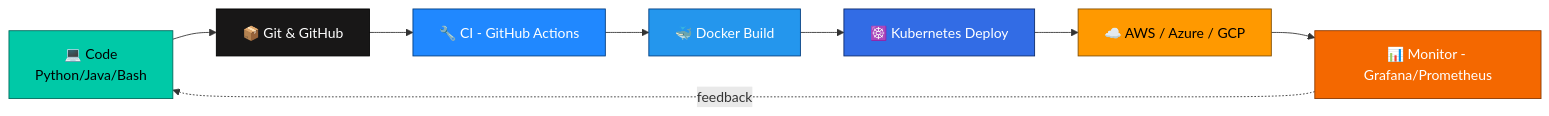
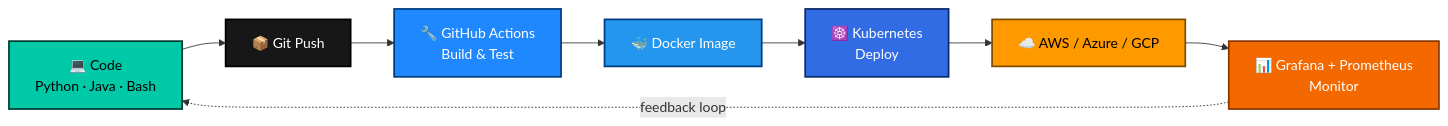
One commit to Soumyadeepjana1/Soumyadeepjana1 changed the diagram in README.md. Above: the diagram before and after it, drawn with Mermaid. The commit also changed other lines of this file, not shown here.

````diff
--- a/README.md
+++ b/README.md
@@ -97,18 +119,18 @@
 ```mermaid
 graph LR
-    A[💻 Code<br/>Python/Java/Bash] --> B[📦 Git & GitHub]
-    B --> C[🔧 CI - GitHub Actions]
-    C --> D[🐳 Docker Build]
-    D --> E[☸️ Kubernetes Deploy]
-    E --> F[☁️ AWS / Azure / GCP]
-    F --> G[📊 Monitor - Grafana/Prometheus]
-    G -.feedback.-> A
+    A["💻 Code<br/>Python · Java · Bash"] --> B["📦 Git Push"]
+    B --> C["🔧 GitHub Actions<br/>Build & Test"]
+    C --> D["🐳 Docker Image"]
+    D --> E["☸️ Kubernetes<br/>Deploy"]
+    E --> F["☁️ AWS / Azure / GCP"]
+    F --> G["📊 Grafana + Prometheus<br/>Monitor"]
+    G -. feedback loop .-> A
 
-    style A fill:#00c9a7,stroke:#00695c,color:#000
-    style B fill:#181717,stroke:#000,color:#fff
-    style C fill:#2088FF,stroke:#003d80,color:#fff
-    style D fill:#2496ED,stroke:#003d80,color:#fff
-    style E fill:#326CE5,stroke:#0b2a6b,color:#fff
-    style F fill:#FF9900,stroke:#804d00,color:#000
-    style G fill:#F46800,stroke:#8a3800,color:#fff
+    style A fill:#00c9a7,stroke:#003d33,color:#000,stroke-width:2px
+    style B fill:#181717,stroke:#000,color:#fff,stroke-width:2px
+    style C fill:#2088FF,stroke:#003d80,color:#fff,stroke-width:2px
+    style D fill:#2496ED,stroke:#003d80,color:#fff,stroke-width:2px
+    style E fill:#326CE5,stroke:#0b2a6b,color:#fff,stroke-width:2px
+    style F fill:#FF9900,stroke:#804d00,color:#000,stroke-width:2px
+    style G fill:#F46800,stroke:#8a3800,color:#fff,stroke-width:2px
 ```
````
